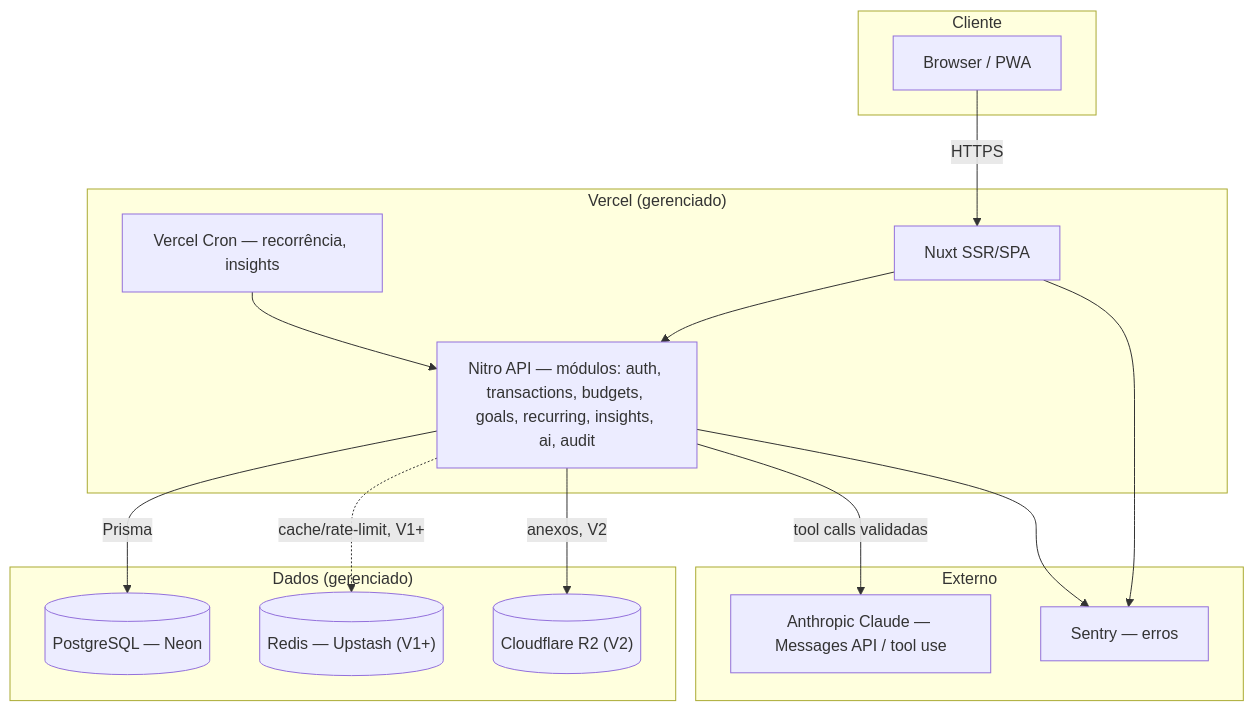
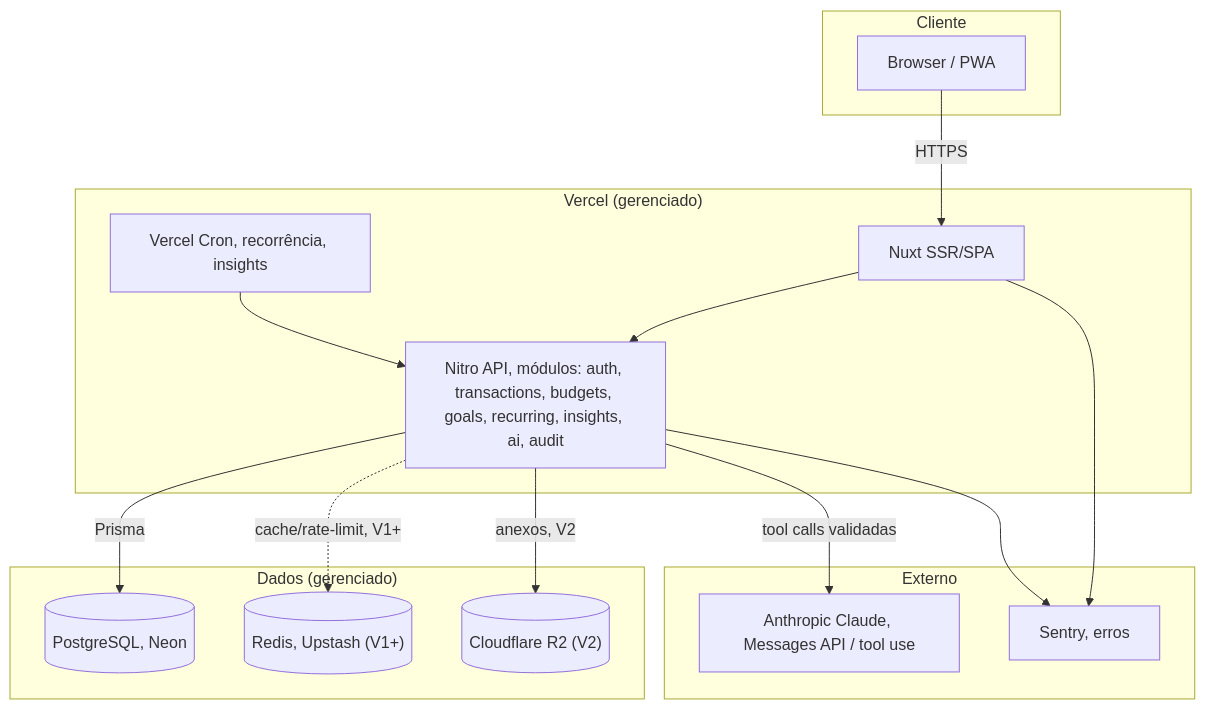
The fourth of 4 diagrams in ARCHITECTURE.md (Bruno-Andrade49/bruno-financas), drawn with Mermaid before and after one commit. The commit also changed other lines of this file and 153 other files, not shown here.

````diff
--- a/ARCHITECTURE.md
+++ b/ARCHITECTURE.md
@@ -790,33 +792,33 @@
 ```mermaid
 flowchart TB
     subgraph Client["Cliente"]
         Browser["Browser / PWA"]
     end
 
     subgraph Vercel["Vercel (gerenciado)"]
         FE["Nuxt SSR/SPA"]
-        API["Nitro API — módulos: auth, transactions, budgets, goals, recurring, insights, ai, audit"]
-        CRON["Vercel Cron — recorrência, insights"]
+        API["Nitro API, módulos: auth, transactions, budgets, goals, recurring, insights, ai, audit"]
+        CRON["Vercel Cron, recorrência, insights"]
     end
 
     subgraph Data["Dados (gerenciado)"]
-        PG[("PostgreSQL — Neon")]
-        REDIS[("Redis — Upstash (V1+)")]
+        PG[("PostgreSQL, Neon")]
+        REDIS[("Redis, Upstash (V1+)")]
         R2[("Cloudflare R2 (V2)")]
     end
 
     subgraph External["Externo"]
-        CLAUDE["Anthropic Claude — Messages API / tool use"]
-        SENTRY["Sentry — erros"]
+        CLAUDE["Anthropic Claude, Messages API / tool use"]
+        SENTRY["Sentry, erros"]
     end
 
     Browser -->|HTTPS| FE
     FE --> API
     API -->|Prisma| PG
     API -.->|cache/rate-limit, V1+| REDIS
     API -->|anexos, V2| R2
     API -->|tool calls validadas| CLAUDE
     CRON --> API
     FE --> SENTRY
     API --> SENTRY
 ```
````
